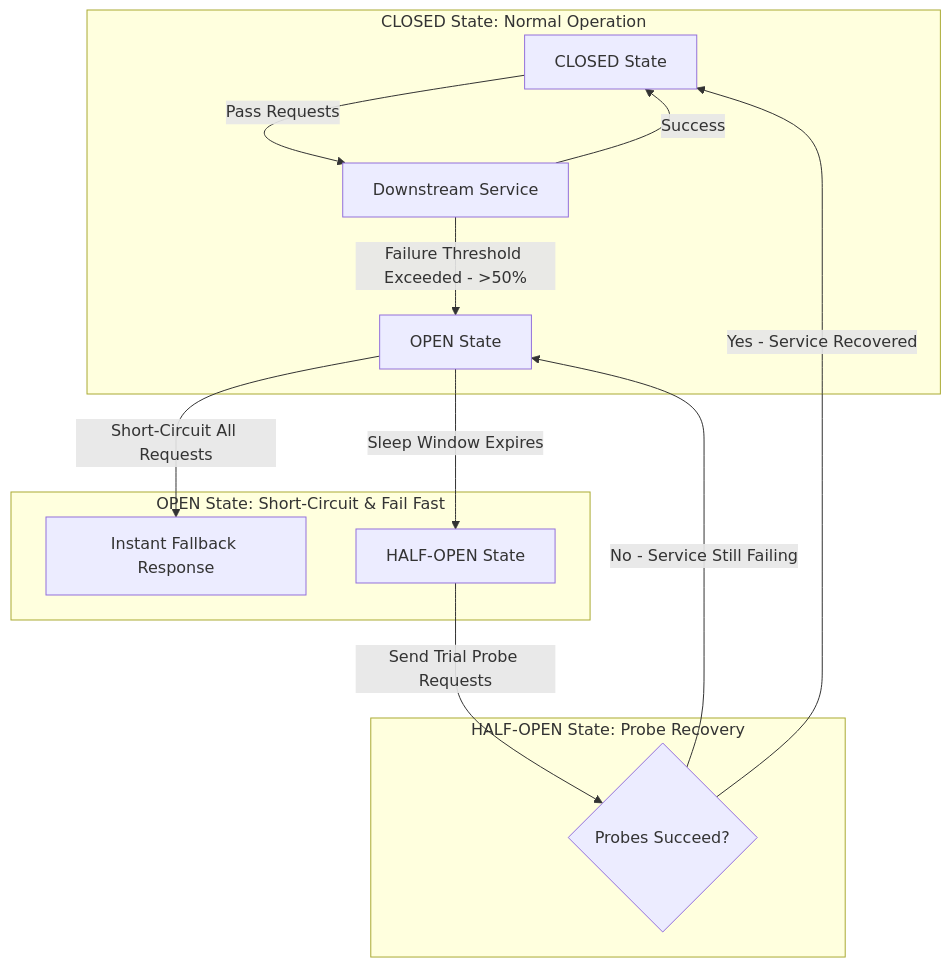
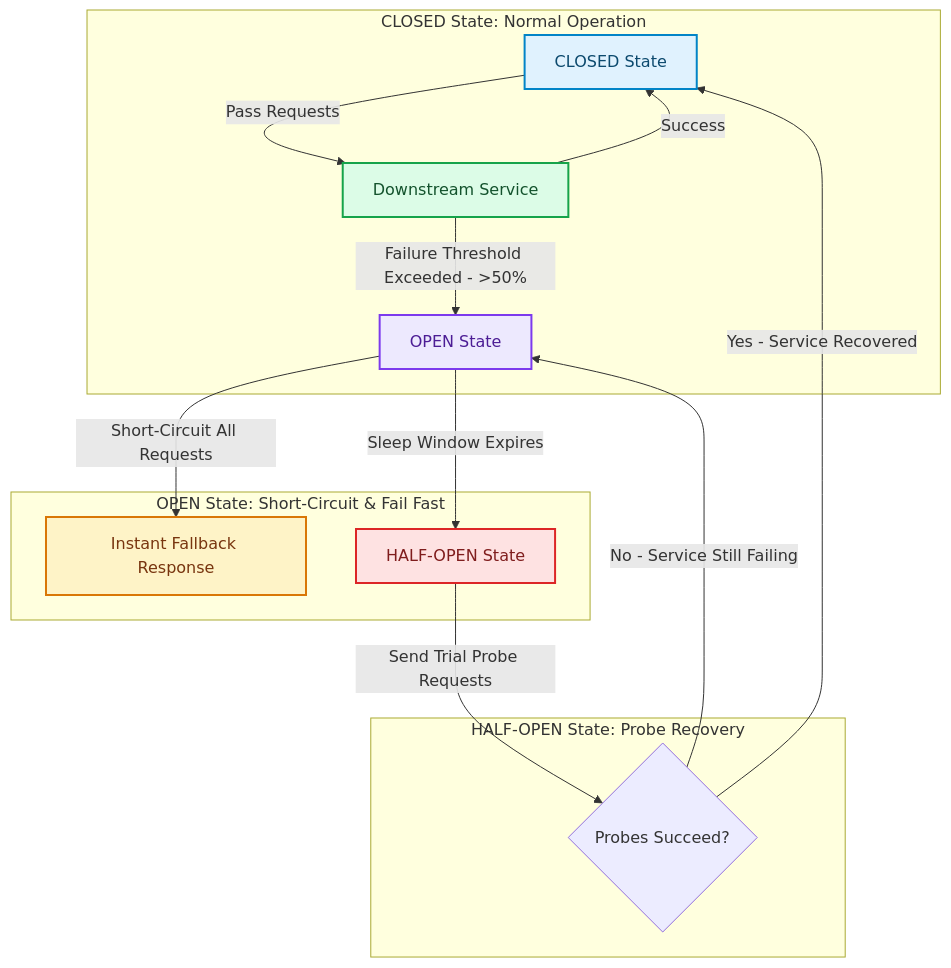
The diagram in blog/posts/distributed-rate-limiting-resilience-circuit-breakers.md (akmalkhaniub/akmalkhaniub.github.io), drawn with Mermaid before and after one commit. The commit also changed other lines of this file and 1291 other files, not shown here.

First line of the commit message:
feat(catalog): unique covers, scholarly references, and diagram palettes

````diff
--- a/blog/posts/distributed-rate-limiting-resilience-circuit-breakers.md
+++ b/blog/posts/distributed-rate-limiting-resilience-circuit-breakers.md
@@ -17,19 +17,30 @@
 ```mermaid
 flowchart TD
   subgraph SG1_ClosedStateNormal ["CLOSED State: Normal Operation"]
-    A[CLOSED State] -->|Pass Requests| B[Downstream Service]
+    A["CLOSED State"] -->|Pass Requests| B["Downstream Service"]
     B -->|Success| A
-    B -->|Failure Threshold Exceeded - >50%| C[OPEN State]
+    B -->|Failure Threshold Exceeded - >50%| C["OPEN State"]
   end
   
   subgraph SG2_OpenStateShort ["OPEN State: Short-Circuit & Fail Fast"]
-    C -->|Short-Circuit All Requests| D[Instant Fallback Response]
-    C -->|Sleep Window Expires| E[HALF-OPEN State]
+    C -->|Short-Circuit All Requests| D["Instant Fallback Response"]
+    C -->|Sleep Window Expires| E["HALF-OPEN State"]
   end
   
   subgraph SG3_HalfOpenState ["HALF-OPEN State: Probe Recovery"]
     E -->|Send Trial Probe Requests| F{Probes Succeed?}
     F -->|Yes - Service Recovered| A
     F -->|No - Service Still Failing| C
   end
+
+classDef green fill:#dcfce7,stroke:#16a34a,stroke-width:2px,color:#14532d;
+classDef red fill:#fee2e2,stroke:#dc2626,stroke-width:2px,color:#7f1d1d;
+classDef blue fill:#e0f2fe,stroke:#0284c7,stroke-width:2px,color:#0c4a6e;
+classDef yellow fill:#fef3c7,stroke:#d97706,stroke-width:2px,color:#78350f;
+classDef purple fill:#ede9fe,stroke:#7c3aed,stroke-width:2px,color:#4c1d95;
+class A blue
+class B green
+class C purple
+class D yellow
+class E red
 ```
````
